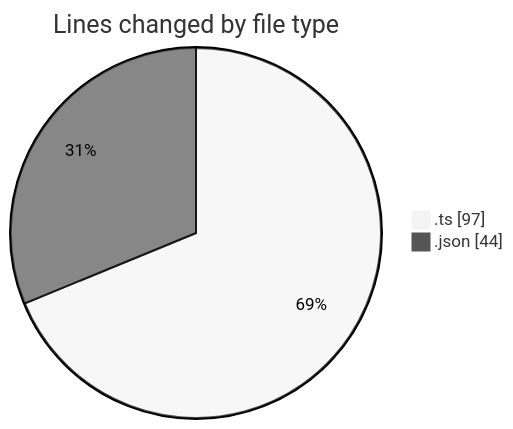
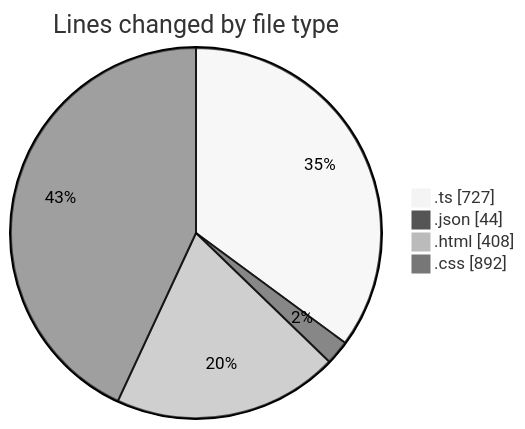
Before and after one commit to igalym/code-tracking: the first of 2 diagrams in 2026-06-16/cinema_3/README.md, drawn with Mermaid (neutral theme). The commit also changed other lines of this file and 1 other file, not shown here.

````diff
--- a/2026-06-16/cinema_3/README.md
+++ b/2026-06-16/cinema_3/README.md
@@ -23,6 +27,8 @@
 ```mermaid
 pie showData
 title Lines changed by file type
-".ts" : 97
+".ts" : 727
 ".json" : 44
+".html" : 408
+".css" : 892
 ```
````
